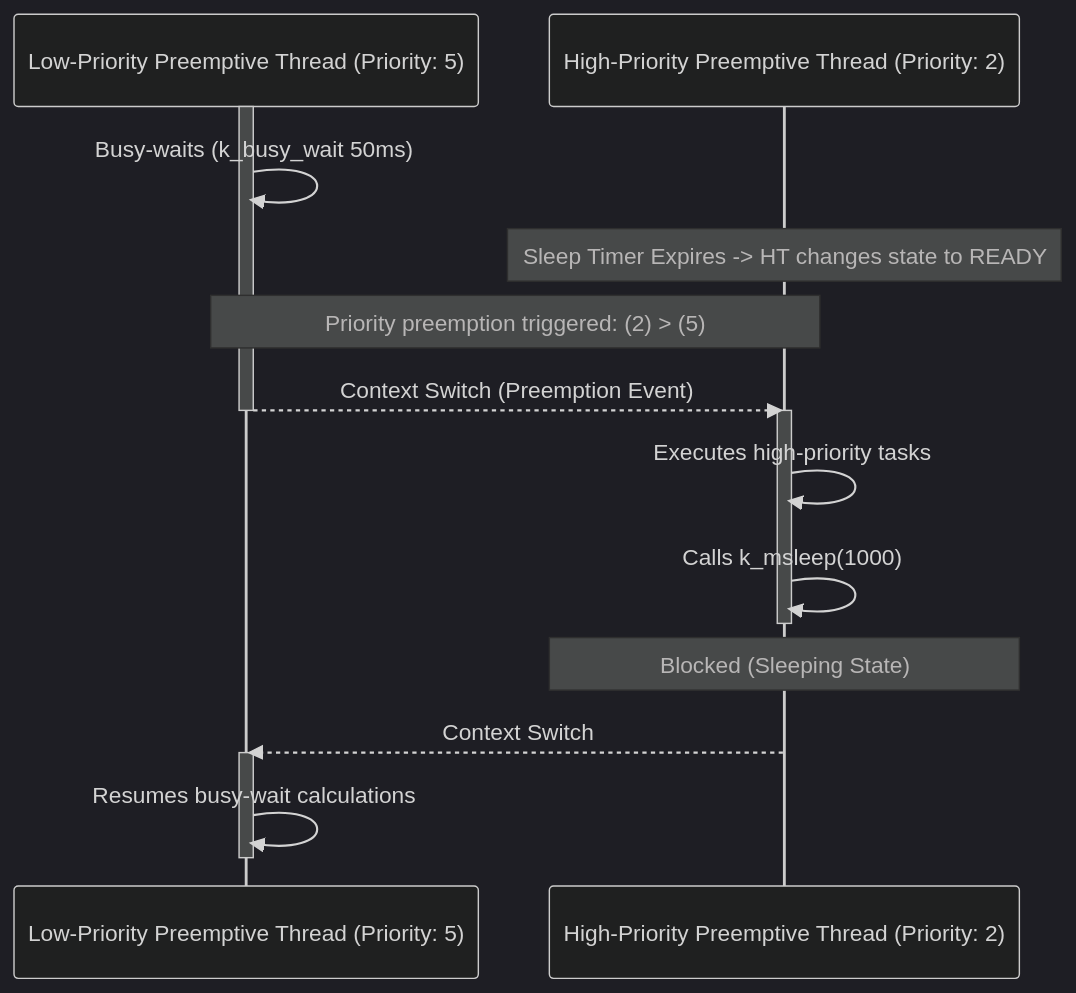
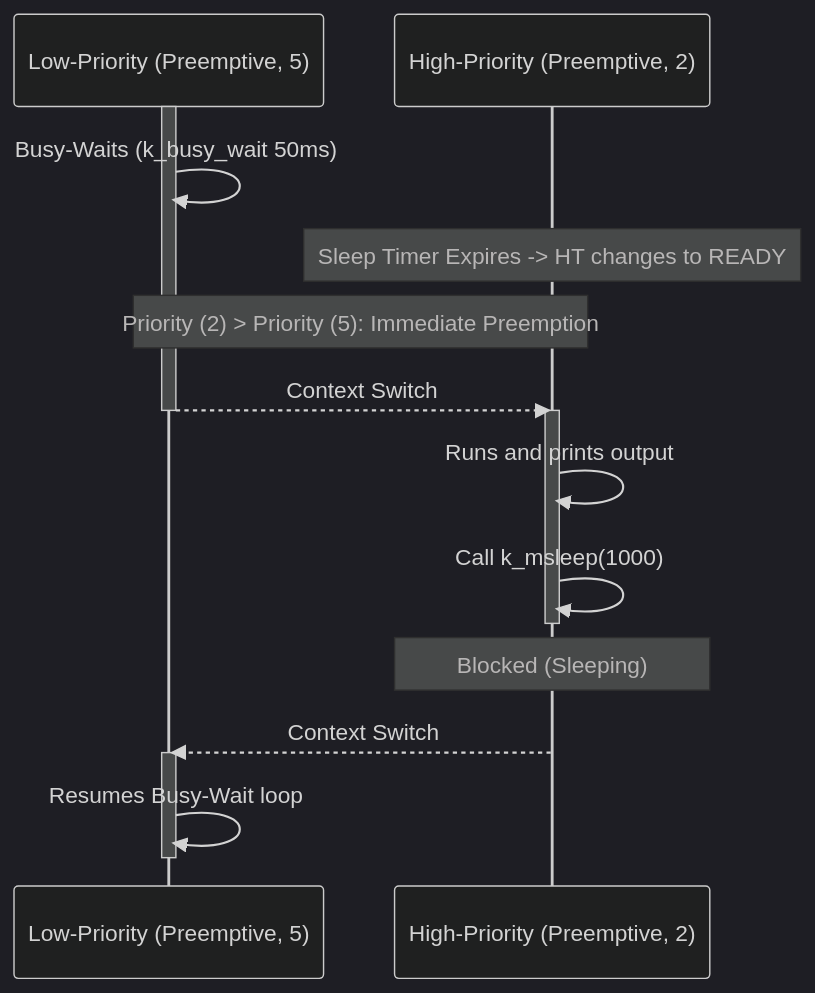
Before and after one commit to PriyaSelvakumar123/zephyr-rtos-projects: the second of 2 diagrams in README.md, drawn with Mermaid (dark theme). The commit also changed other lines of this file, not shown here.

````diff
--- a/README.md
+++ b/README.md
@@ -127,20 +133,20 @@
 ```mermaid
 sequenceDiagram
-    participant LT as Low-Priority Preemptive Thread (Priority: 5)
-    participant HT as High-Priority Preemptive Thread (Priority: 2)
+    participant LT as Low-Priority (Preemptive, 5)
+    participant HT as High-Priority (Preemptive, 2)
     activate LT
-    LT->>LT: Busy-waits (k_busy_wait 50ms)
-    Note over HT: Sleep Timer Expires -> HT changes state to READY
-    Note over LT,HT: Priority preemption triggered: (2) > (5)
-    LT-->>HT: Context Switch (Preemption Event)
+    LT->>LT: Busy-Waits (k_busy_wait 50ms)
+    Note over HT: Sleep Timer Expires -> HT changes to READY
+    Note over LT,HT: Priority (2) > Priority (5): Immediate Preemption
+    LT-->>HT: Context Switch
     deactivate LT
     activate HT
-    HT->>HT: Executes high-priority tasks
-    HT->>HT: Calls k_msleep(1000)
+    HT->>HT: Runs and prints output
+    HT->>HT: Call k_msleep(1000)
     deactivate HT
-    Note over HT: Blocked (Sleeping State)
+    Note over HT: Blocked (Sleeping)
     HT-->>LT: Context Switch
     activate LT
-    LT->>LT: Resumes busy-wait calculations
+    LT->>LT: Resumes Busy-Wait loop
     deactivate LT
 ```
````
